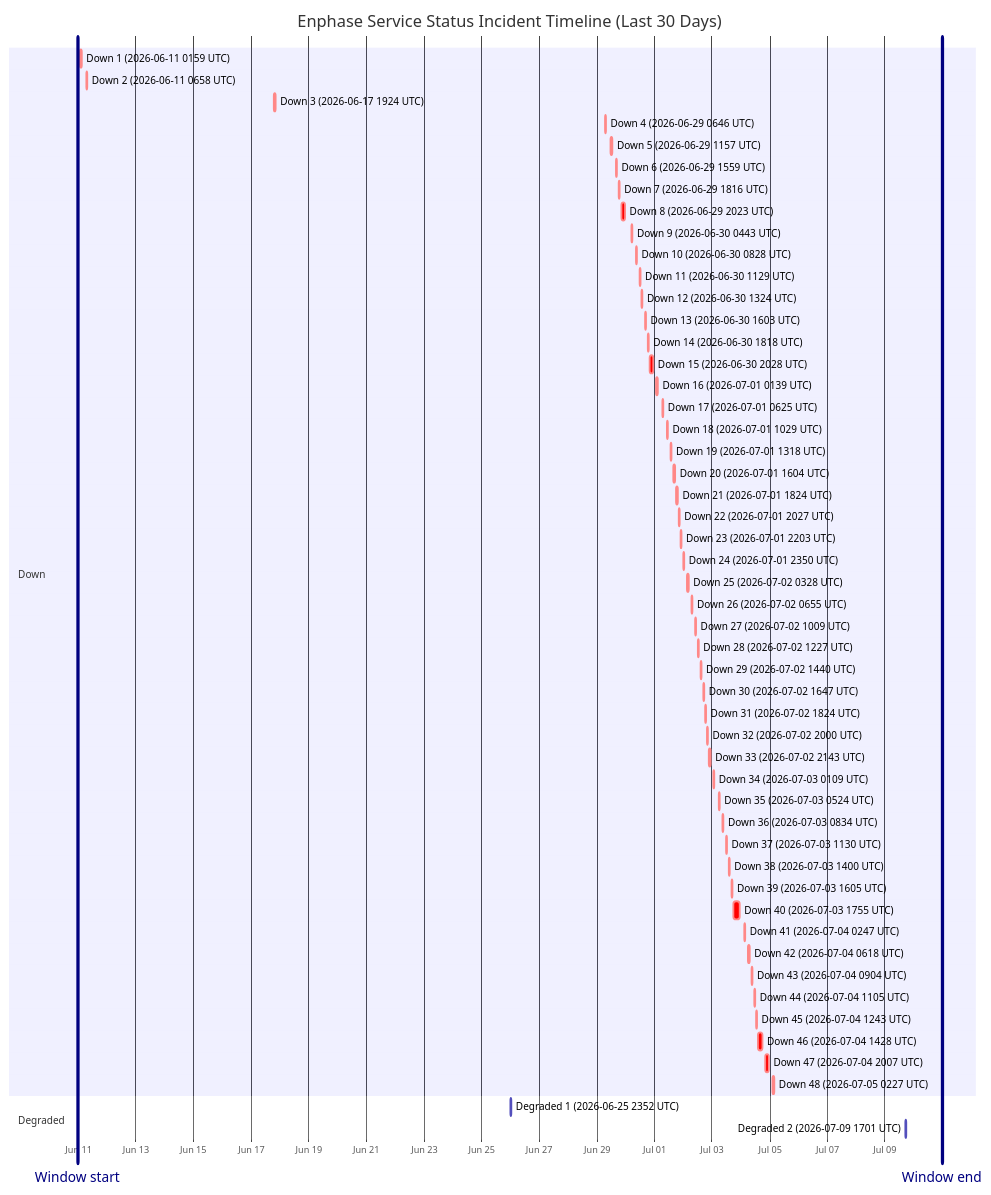
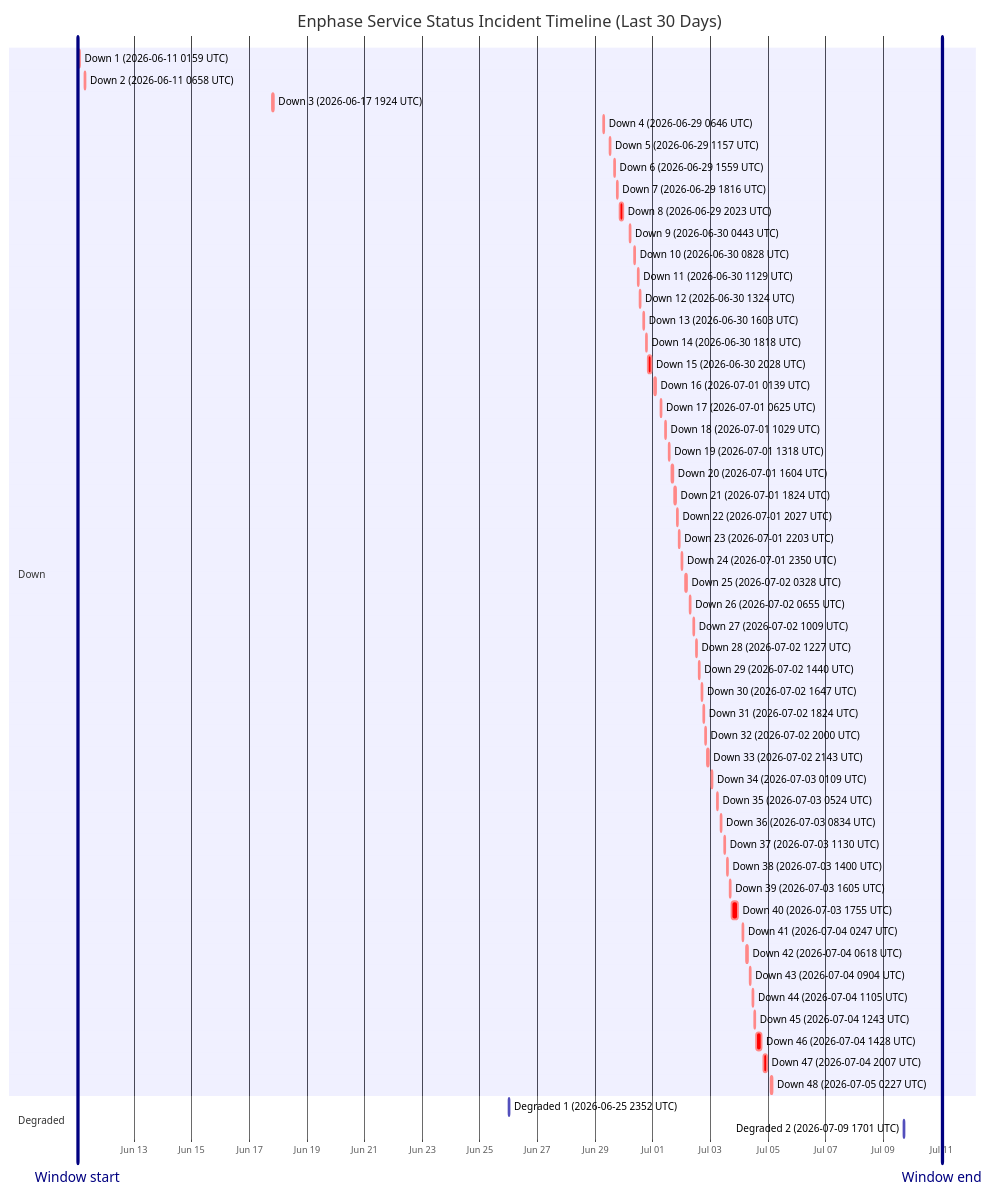
The diagram in wiki/Service-Status-History.md (barneyonline/ha-enphase-energy), drawn with Mermaid before and after one commit. The commit also changed other lines of this file and 3 other files, not shown here.

````diff
--- a/wiki/Service-Status-History.md
+++ b/wiki/Service-Status-History.md
@@ -14,60 +14,60 @@
 ```mermaid
 gantt
     title Enphase Service Status Incident Timeline (Last 30 Days)
     dateFormat  YYYY-MM-DDTHH:mm:ss
     axisFormat  %b %d
-    Window start :vert, window-start, 2026-06-10T23:27:20, 0ms
-    Window end :vert, window-end, 2026-07-10T23:27:20, 0ms
+    Window start :vert, window-start, 2026-06-11T00:57:32, 0ms
+    Window end :vert, window-end, 2026-07-11T00:57:32, 0ms
     section Down
     Down 1 (2026-06-11 0159 UTC) :crit, down-1, 2026-06-11T01:59:36, 60m
     Down 2 (2026-06-11 0658 UTC) :crit, down-2, 2026-06-11T06:58:45, 60m
     Down 3 (2026-06-17 1924 UTC) :crit, down-3, 2026-06-17T19:24:51, 60m
     Down 4 (2026-06-29 0646 UTC) :crit, down-4, 2026-06-29T06:46:18, 60m
     Down 5 (2026-06-29 1157 UTC) :crit, down-5, 2026-06-29T11:57:36, 60m
     Down 6 (2026-06-29 1559 UTC) :crit, down-6, 2026-06-29T15:59:02, 60m
     Down 7 (2026-06-29 1816 UTC) :crit, down-7, 2026-06-29T18:16:38, 60m
     Down 8 (2026-06-29 2023 UTC) :crit, down-8, 2026-06-29T20:23:16, 220m
     Down 9 (2026-06-30 0443 UTC) :crit, down-9, 2026-06-30T04:43:54, 60m
     Down 10 (2026-06-30 0828 UTC) :crit, down-10, 2026-06-30T08:28:43, 60m
     Down 11 (2026-06-30 1129 UTC) :crit, down-11, 2026-06-30T11:29:15, 60m
     Down 12 (2026-06-30 1324 UTC) :crit, down-12, 2026-06-30T13:24:25, 60m
     Down 13 (2026-06-30 1603 UTC) :crit, down-13, 2026-06-30T16:03:26, 60m
     Down 14 (2026-06-30 1818 UTC) :crit, down-14, 2026-06-30T18:18:39, 60m
     Down 15 (2026-06-30 2028 UTC) :crit, down-15, 2026-06-30T20:28:54, 171m
     Down 16 (2026-07-01 0139 UTC) :crit, down-16, 2026-07-01T01:39:18, 60m
     Down 17 (2026-07-01 0625 UTC) :crit, down-17, 2026-07-01T06:25:35, 60m
     Down 18 (2026-07-01 1029 UTC) :crit, down-18, 2026-07-01T10:29:24, 60m
     Down 19 (2026-07-01 1318 UTC) :crit, down-19, 2026-07-01T13:18:31, 60m
     Down 20 (2026-07-01 1604 UTC) :crit, down-20, 2026-07-01T16:04:29, 60m
     Down 21 (2026-07-01 1824 UTC) :crit, down-21, 2026-07-01T18:24:21, 60m
     Down 22 (2026-07-01 2027 UTC) :crit, down-22, 2026-07-01T20:27:17, 60m
     Down 23 (2026-07-01 2203 UTC) :crit, down-23, 2026-07-01T22:03:46, 60m
     Down 24 (2026-07-01 2350 UTC) :crit, down-24, 2026-07-01T23:50:52, 60m
     Down 25 (2026-07-02 0328 UTC) :crit, down-25, 2026-07-02T03:28:33, 60m
     Down 26 (2026-07-02 0655 UTC) :crit, down-26, 2026-07-02T06:55:07, 60m
     Down 27 (2026-07-02 1009 UTC) :crit, down-27, 2026-07-02T10:09:15, 60m
     Down 28 (2026-07-02 1227 UTC) :crit, down-28, 2026-07-02T12:27:49, 60m
     Down 29 (2026-07-02 1440 UTC) :crit, down-29, 2026-07-02T14:40:53, 60m
     Down 30 (2026-07-02 1647 UTC) :crit, down-30, 2026-07-02T16:47:47, 60m
     Down 31 (2026-07-02 1824 UTC) :crit, down-31, 2026-07-02T18:24:26, 60m
     Down 32 (2026-07-02 2000 UTC) :crit, down-32, 2026-07-02T20:00:57, 60m
     Down 33 (2026-07-02 2143 UTC) :crit, down-33, 2026-07-02T21:43:52, 80m
     Down 34 (2026-07-03 0109 UTC) :crit, down-34, 2026-07-03T01:09:19, 60m
     Down 35 (2026-07-03 0524 UTC) :crit, down-35, 2026-07-03T05:24:23, 60m
     Down 36 (2026-07-03 0834 UTC) :crit, down-36, 2026-07-03T08:34:05, 60m
     Down 37 (2026-07-03 1130 UTC) :crit, down-37, 2026-07-03T11:30:41, 60m
     Down 38 (2026-07-03 1400 UTC) :crit, down-38, 2026-07-03T14:00:48, 60m
     Down 39 (2026-07-03 1605 UTC) :crit, down-39, 2026-07-03T16:05:49, 60m
     Down 40 (2026-07-03 1755 UTC) :crit, down-40, 2026-07-03T17:55:54, 338m
     Down 41 (2026-07-04 0247 UTC) :crit, down-41, 2026-07-04T02:47:22, 60m
     Down 42 (2026-07-04 0618 UTC) :crit, down-42, 2026-07-04T06:18:09, 60m
     Down 43 (2026-07-04 0904 UTC) :crit, down-43, 2026-07-04T09:04:41, 60m
     Down 44 (2026-07-04 1105 UTC) :crit, down-44, 2026-07-04T11:05:21, 60m
     Down 45 (2026-07-04 1243 UTC) :crit, down-45, 2026-07-04T12:43:25, 60m
     Down 46 (2026-07-04 1428 UTC) :crit, down-46, 2026-07-04T14:28:07, 243m
     Down 47 (2026-07-04 2007 UTC) :crit, down-47, 2026-07-04T20:07:50, 206m
     Down 48 (2026-07-05 0227 UTC) :crit, down-48, 2026-07-05T02:27:32, 109m
     section Degraded
     Degraded 1 (2026-06-25 2352 UTC) :active, degraded-1, 2026-06-25T23:52:01, 60m
     Degraded 2 (2026-07-09 1701 UTC) :active, degraded-2, 2026-07-09T17:01:02, 60m
 ```
````
